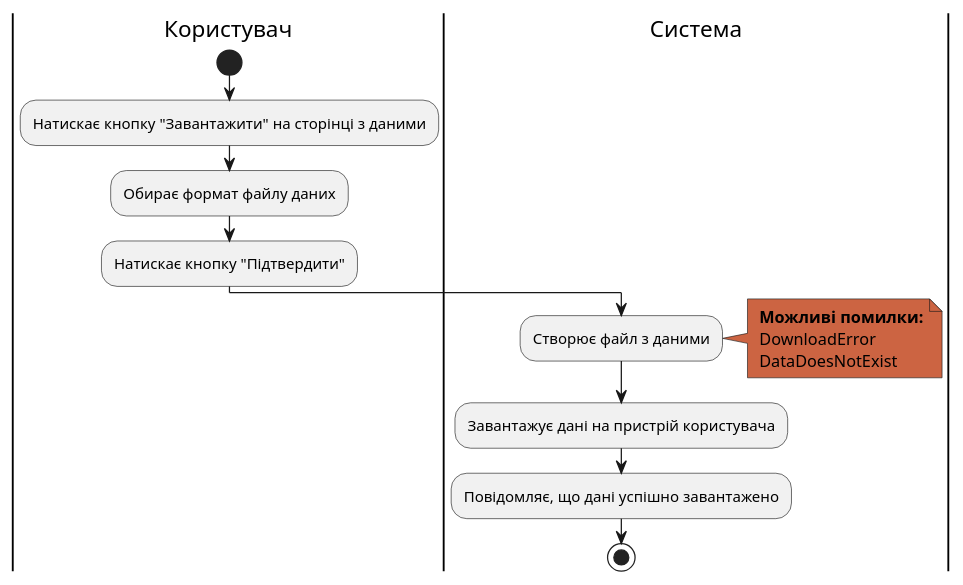
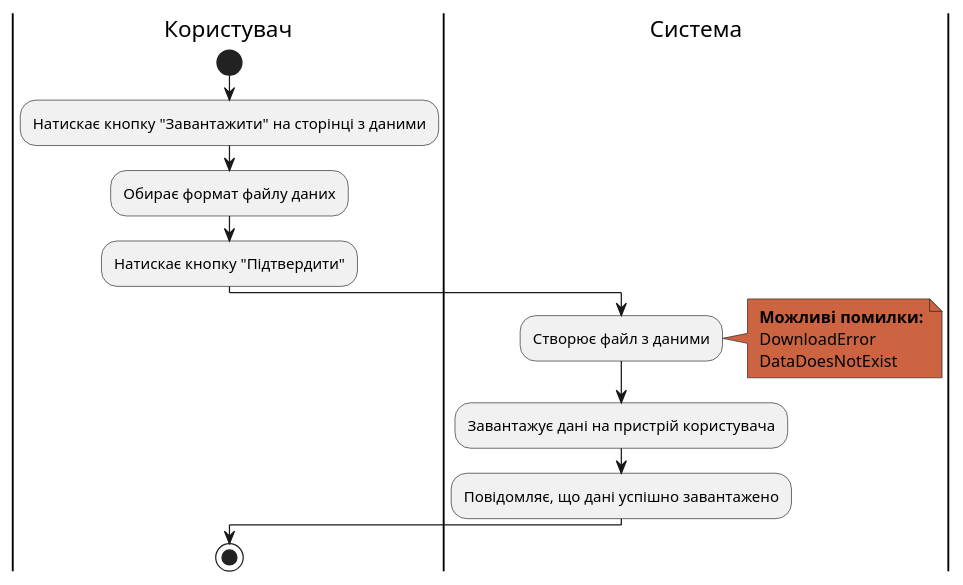
One commit to vegetable5/db-lab6 changed the ninth of 14 diagrams in docs/use_cases.md. Above: the diagram before and after it, drawn with PlantUML. The commit also changed other lines of this file, not shown here.

Commit message:
Corrected activity diagrams [use_cases.md]

````diff
--- a/docs/use_cases.md
+++ b/docs/use_cases.md
@@ -302,22 +305,23 @@
 ```plantuml
 @startuml
 |Користувач|
 start;
 
 :Натискає кнопку "Завантажити" на сторінці з даними;
 :Обирає формат файлу даних;
 :Натискає кнопку "Підтвердити";
 
 |Система|
 :Створює файл з даними;
 note right #cc6442
 <b> Можливі помилки:
  DownloadError
  DataDoesNotExist
 end note
 :Завантажує дані на пристрій користувача;
 :Повідомляє, що дані успішно завантажено;
 
+|Користувач|
 stop;
 @enduml
 ```
````
